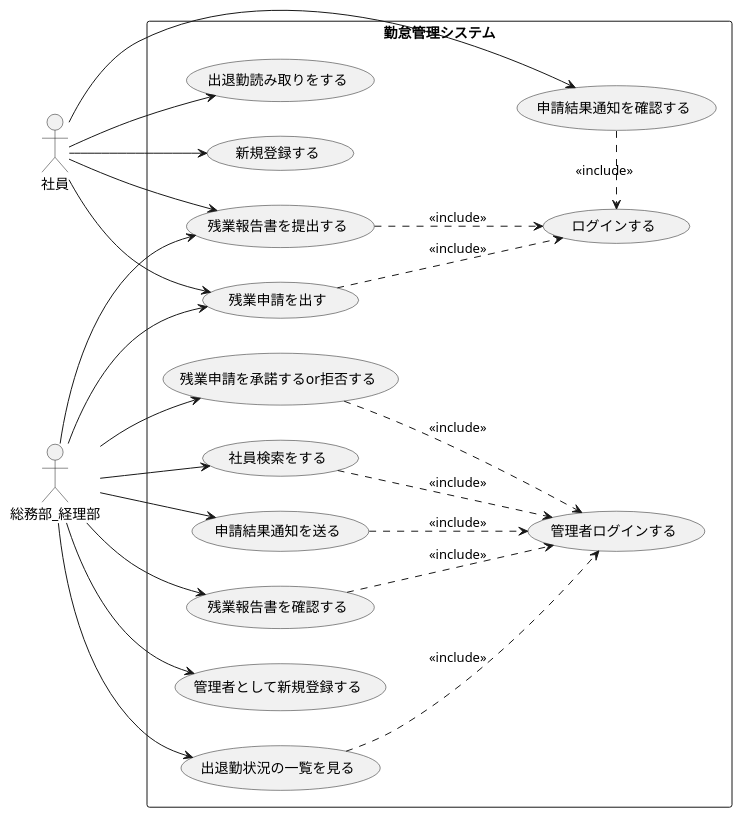
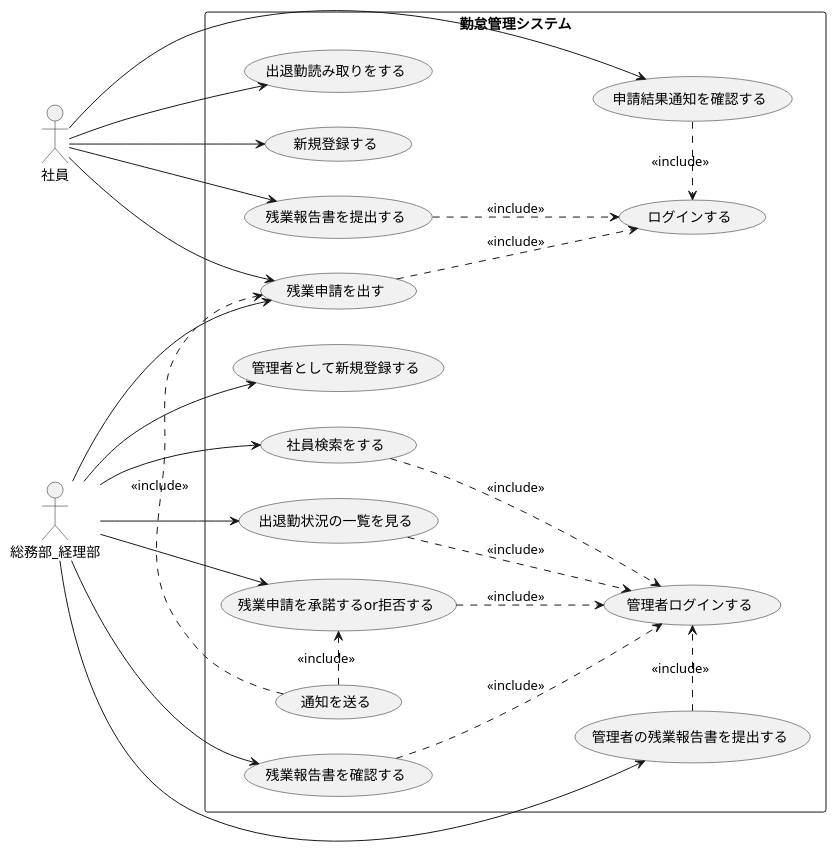
Before and after one commit to isio2/uml-introduction: the diagram in 勤怠管理システム演習.pu, drawn with PlantUML. The commit also changed 5 other files, not shown here.

```diff
--- a/勤怠管理システム演習.pu
+++ b/勤怠管理システム演習.pu
@@ -1,41 +1,43 @@
 @startuml ユースケース図
 left to right direction
 actor 社員
 actor 総務部_経理部
 rectangle 勤怠管理システム{
 usecase 出退勤読み取りをする
 usecase 残業申請を出す
 usecase 残業申請を承諾するor拒否する
 usecase 出退勤状況の一覧を見る
 usecase 残業報告書を提出する
 usecase 残業報告書を確認する
+usecase 管理者の残業報告書を提出する
 usecase ログインする
 usecase 管理者ログインする
 usecase 新規登録する
 usecase 管理者として新規登録する
 usecase 社員検索をする
-usecase 申請結果通知を送る
+usecase 通知を送る
 usecase 申請結果通知を確認する
 }
 社員-->出退勤読み取りをする
 社員-->残業申請を出す
 社員-left->残業報告書を提出する
 社員-->新規登録する
 社員-left->申請結果通知を確認する
 総務部_経理部-->残業報告書を確認する
 総務部_経理部-->残業申請を承諾するor拒否する
 総務部_経理部-->管理者として新規登録する
 総務部_経理部-left->出退勤状況の一覧を見る
 総務部_経理部-->社員検索をする
-総務部_経理部-->申請結果通知を送る
 総務部_経理部-->残業申請を出す
-総務部_経理部-->残業報告書を提出する
+総務部_経理部-->管理者の残業報告書を提出する
+通知を送る.>残業申請を承諾するor拒否する:<<include>>
+通知を送る.>残業申請を出す:<<include>>
+管理者の残業報告書を提出する.>管理者ログインする:<<include>>
 社員検索をする-.>管理者ログインする:<<include>>
 申請結果通知を確認する.>ログインする:<<include>>
-申請結果通知を送る-.>管理者ログインする:<<include>>
 出退勤状況の一覧を見る-.>管理者ログインする:<<include>>
 残業申請を出す-.>ログインする:<<include>>
 残業申請を承諾するor拒否する-.>管理者ログインする:<<include>>
 残業報告書を提出する-.>ログインする:<<include>>
 残業報告書を確認する-.>管理者ログインする:<<include>>
 @enduml
```
